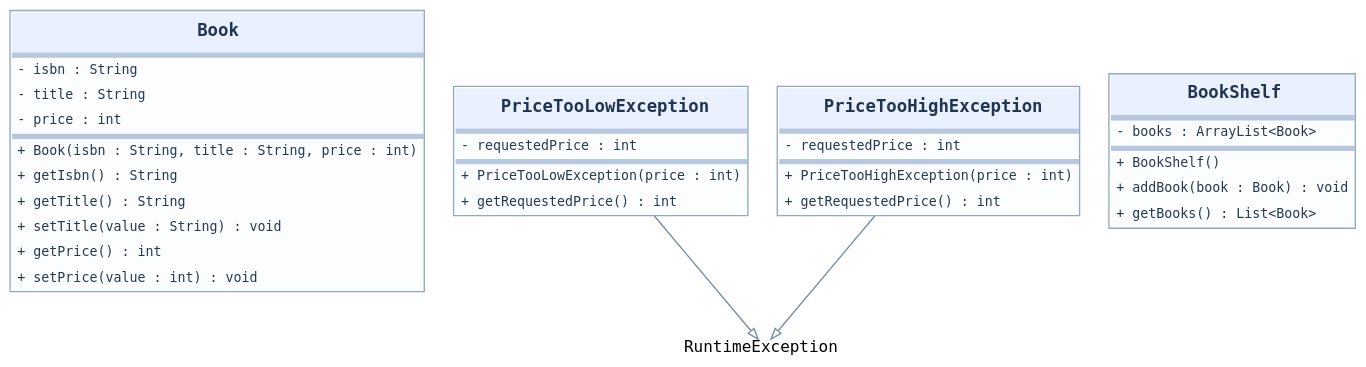
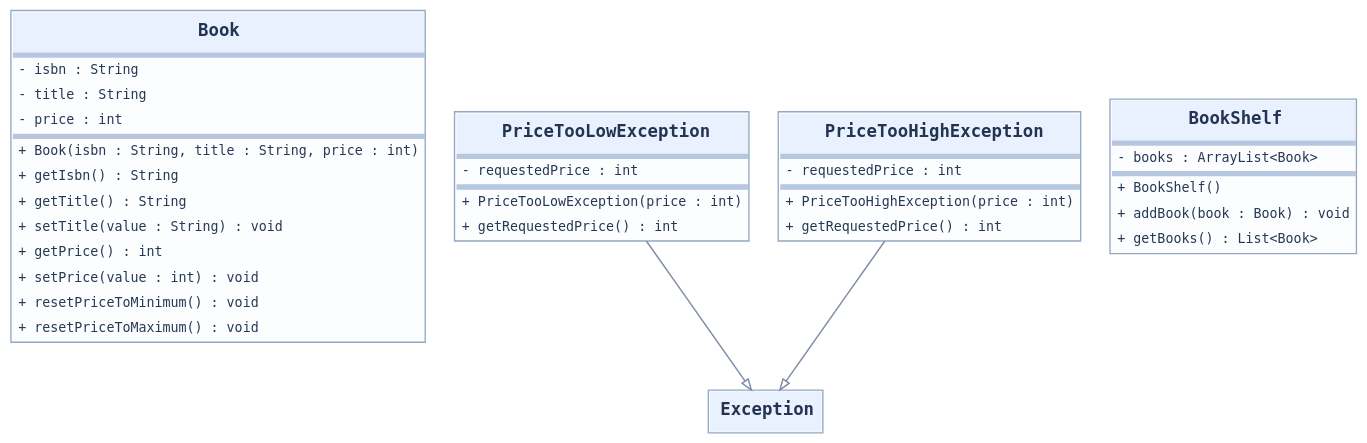
One commit to edetroll/java-oop changed the diagram in content/chapters/13-kivetelek/media/task-2-hu.dot. Above: the diagram before and after it, drawn with Graphviz. The commit also changed 44 other files, not shown here.

```diff
--- a/content/chapters/13-kivetelek/media/task-2-hu.dot
+++ b/content/chapters/13-kivetelek/media/task-2-hu.dot
@@ -1,13 +1,12 @@
 digraph UML {
 graph [rankdir=TB, bgcolor="transparent", nodesep="0.30", ranksep="0.50", pad="0.12", splines=polyline];
 node [shape=plain];
 edge [color="#7d8ea6", penwidth=1.1, arrowsize=0.8];
-"Book" [label=<<TABLE BORDER="1" COLOR="#94a8c1" CELLBORDER="0" CELLSPACING="0" BGCOLOR="#fcfdff"><TR><TD ALIGN="CENTER" CELLPADDING="8" BGCOLOR="#e9f1ff"><FONT FACE="DejaVu Sans Mono" POINT-SIZE="13" COLOR="#223451"><B>Book</B></FONT></TD></TR><TR><TD BGCOLOR="#b6c7df" HEIGHT="2"></TD></TR><TR><TD ALIGN="LEFT" CELLPADDING="4"><FONT FACE="DejaVu Sans Mono" POINT-SIZE="10" COLOR="#263954">- isbn : String</FONT></TD></TR><TR><TD ALIGN="LEFT" CELLPADDING="4"><FONT FACE="DejaVu Sans Mono" POINT-SIZE="10" COLOR="#263954">- title : String</FONT></TD></TR><TR><TD ALIGN="LEFT" CELLPADDING="4"><FONT FACE="DejaVu Sans Mono" POINT-SIZE="10" COLOR="#263954">- price : int</FONT></TD></TR><TR><TD BGCOLOR="#b6c7df" HEIGHT="2"></TD></TR><TR><TD ALIGN="LEFT" CELLPADDING="4"><FONT FACE="DejaVu Sans Mono" POINT-SIZE="10" COLOR="#263954">+ Book(isbn : String, title : String, price : int)</FONT></TD></TR><TR><TD ALIGN="LEFT" CELLPADDING="4"><FONT FACE="DejaVu Sans Mono" POINT-SIZE="10" COLOR="#263954">+ getIsbn() : String</FONT></TD></TR><TR><TD ALIGN="LEFT" CELLPADDING="4"><FONT FACE="DejaVu Sans Mono" POINT-SIZE="10" COLOR="#263954">+ getTitle() : String</FONT></TD></TR><TR><TD ALIGN="LEFT" CELLPADDING="4"><FONT FACE="DejaVu Sans Mono" POINT-SIZE="10" COLOR="#263954">+ setTitle(value : String) : void</FONT></TD></TR><TR><TD ALIGN="LEFT" CELLPADDING="4"><FONT FACE="DejaVu Sans Mono" POINT-SIZE="10" COLOR="#263954">+ getPrice() : int</FONT></TD></TR><TR><TD ALIGN="LEFT" CELLPADDING="4"><FONT FACE="DejaVu Sans Mono" POINT-SIZE="10" COLOR="#263954">+ setPrice(value : int) : void</FONT></TD></TR></TABLE>>];
+"Book" [label=<<TABLE BORDER="1" COLOR="#94a8c1" CELLBORDER="0" CELLSPACING="0" BGCOLOR="#fcfdff"><TR><TD ALIGN="CENTER" CELLPADDING="8" BGCOLOR="#e9f1ff"><FONT FACE="DejaVu Sans Mono" POINT-SIZE="13" COLOR="#223451"><B>Book</B></FONT></TD></TR><TR><TD BGCOLOR="#b6c7df" HEIGHT="2"></TD></TR><TR><TD ALIGN="LEFT" CELLPADDING="4"><FONT FACE="DejaVu Sans Mono" POINT-SIZE="10" COLOR="#263954">- isbn : String</FONT></TD></TR><TR><TD ALIGN="LEFT" CELLPADDING="4"><FONT FACE="DejaVu Sans Mono" POINT-SIZE="10" COLOR="#263954">- title : String</FONT></TD></TR><TR><TD ALIGN="LEFT" CELLPADDING="4"><FONT FACE="DejaVu Sans Mono" POINT-SIZE="10" COLOR="#263954">- price : int</FONT></TD></TR><TR><TD BGCOLOR="#b6c7df" HEIGHT="2"></TD></TR><TR><TD ALIGN="LEFT" CELLPADDING="4"><FONT FACE="DejaVu Sans Mono" POINT-SIZE="10" COLOR="#263954">+ Book(isbn : String, title : String, price : int)</FONT></TD></TR><TR><TD ALIGN="LEFT" CELLPADDING="4"><FONT FACE="DejaVu Sans Mono" POINT-SIZE="10" COLOR="#263954">+ getIsbn() : String</FONT></TD></TR><TR><TD ALIGN="LEFT" CELLPADDING="4"><FONT FACE="DejaVu Sans Mono" POINT-SIZE="10" COLOR="#263954">+ getTitle() : String</FONT></TD></TR><TR><TD ALIGN="LEFT" CELLPADDING="4"><FONT FACE="DejaVu Sans Mono" POINT-SIZE="10" COLOR="#263954">+ setTitle(value : String) : void</FONT></TD></TR><TR><TD ALIGN="LEFT" CELLPADDING="4"><FONT FACE="DejaVu Sans Mono" POINT-SIZE="10" COLOR="#263954">+ getPrice() : int</FONT></TD></TR><TR><TD ALIGN="LEFT" CELLPADDING="4"><FONT FACE="DejaVu Sans Mono" POINT-SIZE="10" COLOR="#263954">+ setPrice(value : int) : void</FONT></TD></TR><TR><TD ALIGN="LEFT" CELLPADDING="4"><FONT FACE="DejaVu Sans Mono" POINT-SIZE="10" COLOR="#263954">+ resetPriceToMinimum() : void</FONT></TD></TR><TR><TD ALIGN="LEFT" CELLPADDING="4"><FONT FACE="DejaVu Sans Mono" POINT-SIZE="10" COLOR="#263954">+ resetPriceToMaximum() : void</FONT></TD></TR></TABLE>>];
 "PriceTooLowException" [label=<<TABLE BORDER="1" COLOR="#94a8c1" CELLBORDER="0" CELLSPACING="0" BGCOLOR="#fcfdff"><TR><TD ALIGN="CENTER" CELLPADDING="8" BGCOLOR="#e9f1ff"><FONT FACE="DejaVu Sans Mono" POINT-SIZE="13" COLOR="#223451"><B>PriceTooLowException</B></FONT></TD></TR><TR><TD BGCOLOR="#b6c7df" HEIGHT="2"></TD></TR><TR><TD ALIGN="LEFT" CELLPADDING="4"><FONT FACE="DejaVu Sans Mono" POINT-SIZE="10" COLOR="#263954">- requestedPrice : int</FONT></TD></TR><TR><TD BGCOLOR="#b6c7df" HEIGHT="2"></TD></TR><TR><TD ALIGN="LEFT" CELLPADDING="4"><FONT FACE="DejaVu Sans Mono" POINT-SIZE="10" COLOR="#263954">+ PriceTooLowException(price : int)</FONT></TD></TR><TR><TD ALIGN="LEFT" CELLPADDING="4"><FONT FACE="DejaVu Sans Mono" POINT-SIZE="10" COLOR="#263954">+ getRequestedPrice() : int</FONT></TD></TR></TABLE>>];
 "PriceTooHighException" [label=<<TABLE BORDER="1" COLOR="#94a8c1" CELLBORDER="0" CELLSPACING="0" BGCOLOR="#fcfdff"><TR><TD ALIGN="CENTER" CELLPADDING="8" BGCOLOR="#e9f1ff"><FONT FACE="DejaVu Sans Mono" POINT-SIZE="13" COLOR="#223451"><B>PriceTooHighException</B></FONT></TD></TR><TR><TD BGCOLOR="#b6c7df" HEIGHT="2"></TD></TR><TR><TD ALIGN="LEFT" CELLPADDING="4"><FONT FACE="DejaVu Sans Mono" POINT-SIZE="10" COLOR="#263954">- requestedPrice : int</FONT></TD></TR><TR><TD BGCOLOR="#b6c7df" HEIGHT="2"></TD></TR><TR><TD ALIGN="LEFT" CELLPADDING="4"><FONT FACE="DejaVu Sans Mono" POINT-SIZE="10" COLOR="#263954">+ PriceTooHighException(price : int)</FONT></TD></TR><TR><TD ALIGN="LEFT" CELLPADDING="4"><FONT FACE="DejaVu Sans Mono" POINT-SIZE="10" COLOR="#263954">+ getRequestedPrice() : int</FONT></TD></TR></TABLE>>];
 "BookShelf" [label=<<TABLE BORDER="1" COLOR="#94a8c1" CELLBORDER="0" CELLSPACING="0" BGCOLOR="#fcfdff"><TR><TD ALIGN="CENTER" CELLPADDING="8" BGCOLOR="#e9f1ff"><FONT FACE="DejaVu Sans Mono" POINT-SIZE="13" COLOR="#223451"><B>BookShelf</B></FONT></TD></TR><TR><TD BGCOLOR="#b6c7df" HEIGHT="2"></TD></TR><TR><TD ALIGN="LEFT" CELLPADDING="4"><FONT FACE="DejaVu Sans Mono" POINT-SIZE="10" COLOR="#263954">- books : ArrayList&lt;Book&gt;</FONT></TD></TR><TR><TD BGCOLOR="#b6c7df" HEIGHT="2"></TD></TR><TR><TD ALIGN="LEFT" CELLPADDING="4"><FONT FACE="DejaVu Sans Mono" POINT-SIZE="10" COLOR="#263954">+ BookShelf()</FONT></TD></TR><TR><TD ALIGN="LEFT" CELLPADDING="4"><FONT FACE="DejaVu Sans Mono" POINT-SIZE="10" COLOR="#263954">+ addBook(book : Book) : void</FONT></TD></TR><TR><TD ALIGN="LEFT" CELLPADDING="4"><FONT FACE="DejaVu Sans Mono" POINT-SIZE="10" COLOR="#263954">+ getBooks() : List&lt;Book&gt;</FONT></TD></TR></TABLE>>];
-"RuntimeException" [shape=plain, label=<<FONT FACE="DejaVu Sans Mono" POINT-SIZE="12">RuntimeException</FONT>>];
-"PriceTooLowException" -> "RuntimeException" [arrowhead="empty"];
-"RuntimeException" [shape=plain, label=<<FONT FACE="DejaVu Sans Mono" POINT-SIZE="12">RuntimeException</FONT>>];
-"PriceTooHighException" -> "RuntimeException" [arrowhead="empty"];
+"Exception" [label=<<TABLE BORDER="1" COLOR="#94a8c1" CELLBORDER="0" CELLSPACING="0" BGCOLOR="#fcfdff"><TR><TD ALIGN="CENTER" CELLPADDING="8" BGCOLOR="#e9f1ff"><FONT FACE="DejaVu Sans Mono" POINT-SIZE="13" COLOR="#223451"><B>Exception</B></FONT></TD></TR></TABLE>>];
+"PriceTooLowException" -> "Exception" [arrowhead="empty"];
+"PriceTooHighException" -> "Exception" [arrowhead="empty"];
 }
```
